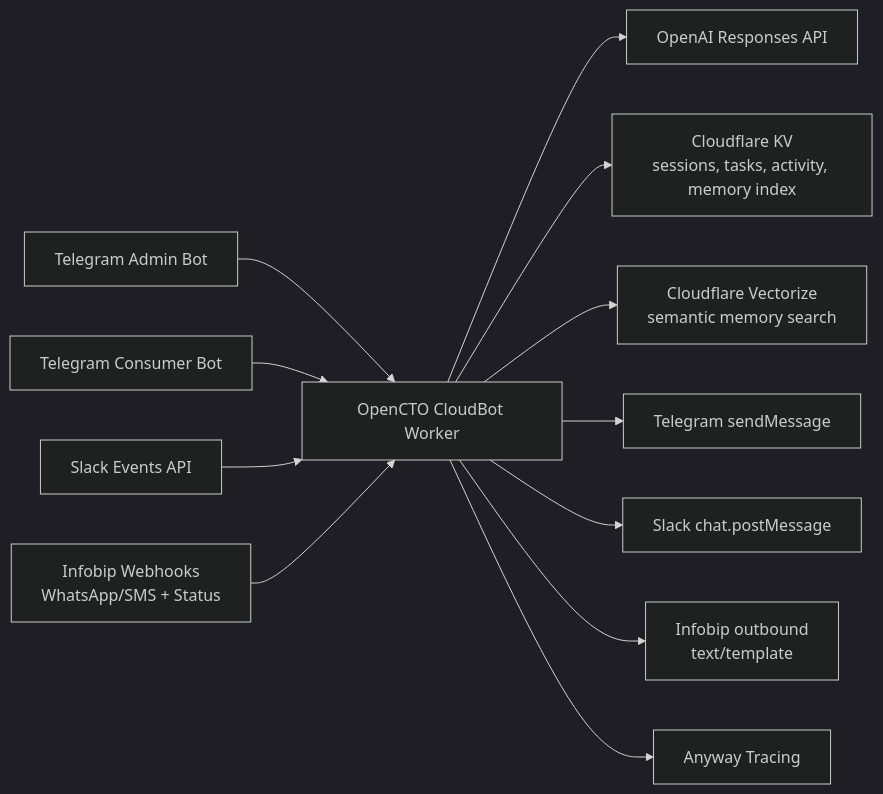
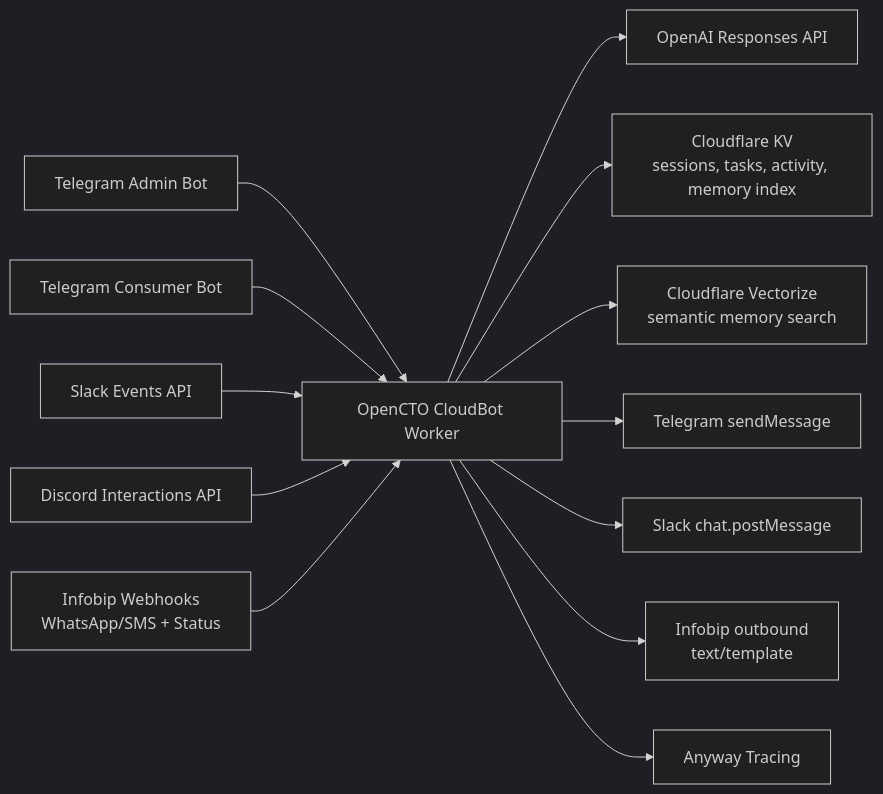
Before and after one commit to Hey-Salad/OpenCTO: the diagram in opencto/opencto-cloudbot-worker/README.md, drawn with Mermaid (dark theme). The commit also changed other lines of this file and 17 other files, not shown here.

````diff
--- a/opencto/opencto-cloudbot-worker/README.md
+++ b/opencto/opencto-cloudbot-worker/README.md
@@ -8,15 +8,16 @@
 ```mermaid
 flowchart LR
   TG1[Telegram Admin Bot] --> W[OpenCTO CloudBot Worker]
   TG2[Telegram Consumer Bot] --> W
   SL[Slack Events API] --> W
+  DC[Discord Interactions API] --> W
   IB[Infobip Webhooks<br/>WhatsApp/SMS + Status] --> W
 
   W --> OA[OpenAI Responses API]
   W --> KV[Cloudflare KV<br/>sessions, tasks, activity, memory index]
   W --> V[Cloudflare Vectorize<br/>semantic memory search]
   W --> TEL[Telegram sendMessage]
   W --> SLP[Slack chat.postMessage]
   W --> IBO[Infobip outbound<br/>text/template]
   W --> OBS[Anyway Tracing]
 ```
````
